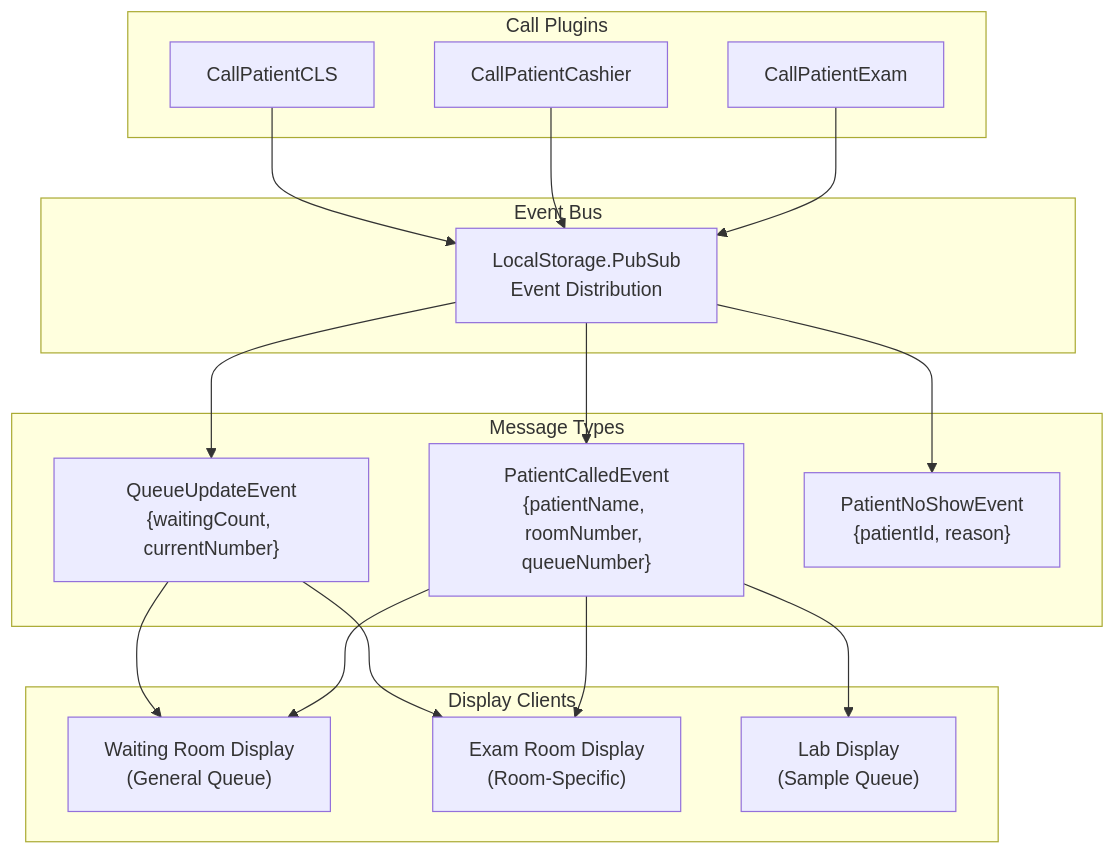
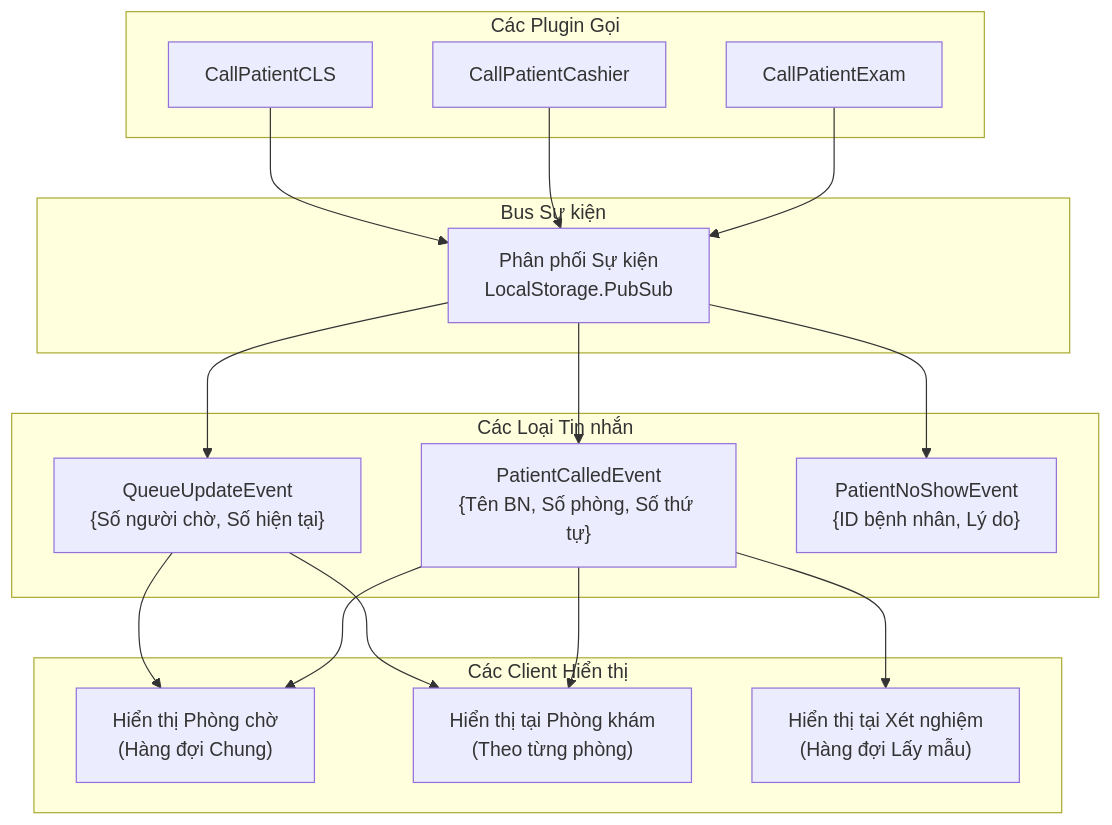
The sixth of 8 diagrams in docs/his-ba-documentation/03-business-domains/patient-management/patient-call-display.md (thangpnb/HIS), drawn with Mermaid before and after one commit. The commit also changed other lines of this file and 30 other files, not shown here.

Commit message:
Refactor architecture docs and update translations

````diff
--- a/docs/his-ba-documentation/03-business-domains/patient-management/patient-call-display.md
+++ b/docs/his-ba-documentation/03-business-domains/patient-management/patient-call-display.md
@@ -278,39 +278,39 @@
 ```mermaid
 graph TB
-    subgraph "Call Plugins"
+    subgraph "Các Plugin Gọi"
         CP1["CallPatientExam"]
         CP2["CallPatientCashier"]
         CP3["CallPatientCLS"]
     end
     
-    subgraph "Event Bus"
-        PubSub["LocalStorage.PubSub<br/>Event Distribution"]
+    subgraph "Bus Sự kiện"
+        PubSub["Phân phối Sự kiện<br/>LocalStorage.PubSub"]
     end
     
-    subgraph "Display Clients"
-        WaitRoom["Waiting Room Display<br/>(General Queue)"]
-        ExamDisplay["Exam Room Display<br/>(Room-Specific)"]
-        LabDisplay["Lab Display<br/>(Sample Queue)"]
+    subgraph "Các Client Hiển thị"
+        WaitRoom["Hiển thị Phòng chờ<br/>(Hàng đợi Chung)"]
+        ExamDisplay["Hiển thị tại Phòng khám<br/>(Theo từng phòng)"]
+        LabDisplay["Hiển thị tại Xét nghiệm<br/>(Hàng đợi Lấy mẫu)"]
     end
     
-    subgraph "Message Types"
-        CallEvent["PatientCalledEvent<br/>{patientName, roomNumber, queueNumber}"]
-        QueueUpdate["QueueUpdateEvent<br/>{waitingCount, currentNumber}"]
-        NoShowEvent["PatientNoShowEvent<br/>{patientId, reason}"]
+    subgraph "Các Loại Tin nhắn"
+        CallEvent["PatientCalledEvent<br/>{Tên BN, Số phòng, Số thứ tự}"]
+        QueueUpdate["QueueUpdateEvent<br/>{Số người chờ, Số hiện tại}"]
+        NoShowEvent["PatientNoShowEvent<br/>{ID bệnh nhân, Lý do}"]
     end
     
     CP1 --> PubSub
     CP2 --> PubSub
     CP3 --> PubSub
     
     PubSub --> CallEvent
     PubSub --> QueueUpdate
     PubSub --> NoShowEvent
     
     CallEvent --> WaitRoom
     CallEvent --> ExamDisplay
     CallEvent --> LabDisplay
     
     QueueUpdate --> WaitRoom
     QueueUpdate --> ExamDisplay
 ```
````
